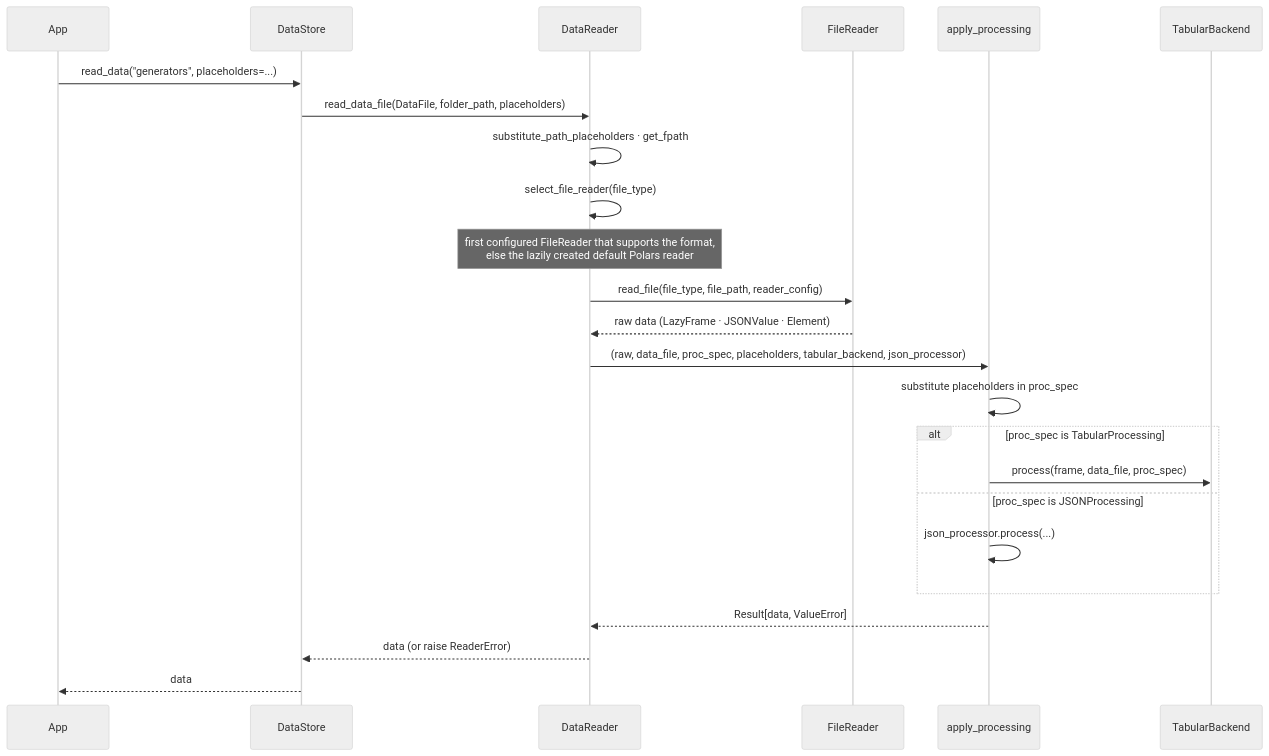
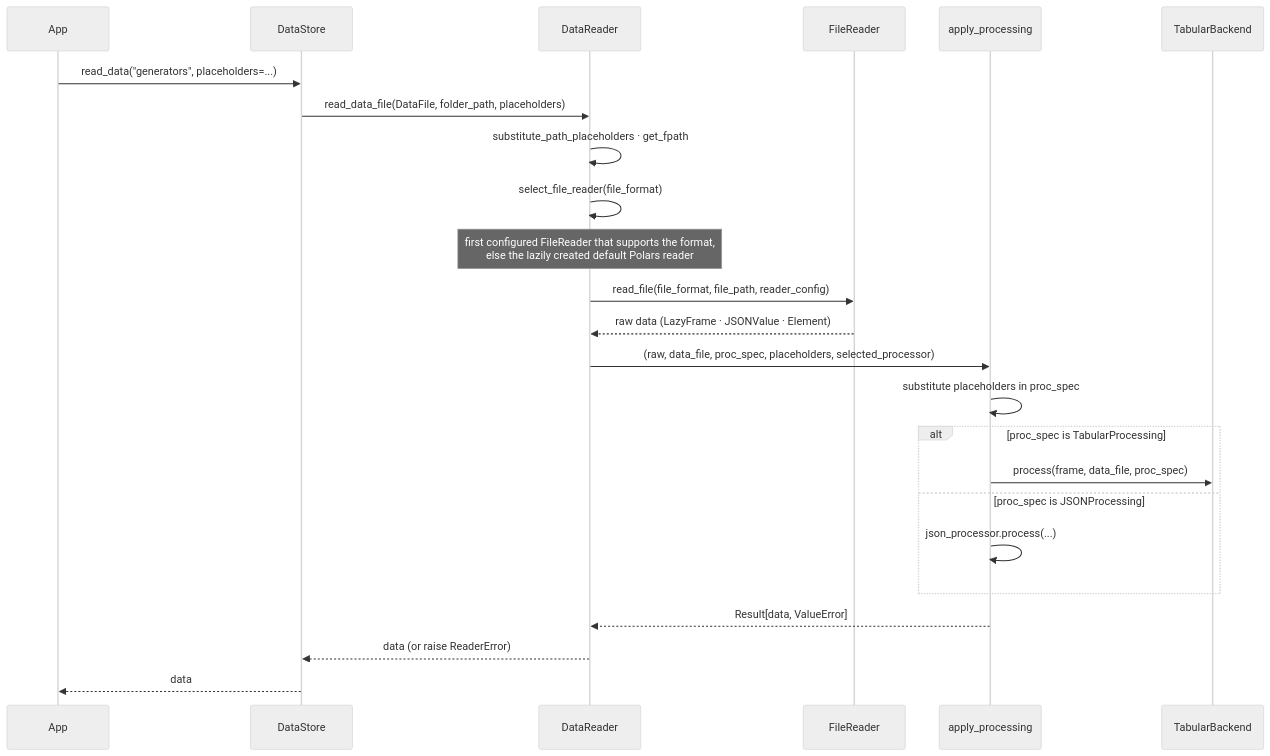
Before and after one commit to NatLabRockies/r2x-core: the second of 5 diagrams in docs/src/content/docs/explanations/architecture.md, drawn with Mermaid (neutral theme). The commit also changed other lines of this file and 54 other files, not shown here.

````diff
--- a/docs/src/content/docs/explanations/architecture.md
+++ b/docs/src/content/docs/explanations/architecture.md
@@ -97,27 +99,27 @@
 ```mermaid
 sequenceDiagram
     participant App
     participant DataStore
     participant DataReader
     participant FileReader
     participant apply_processing
     participant TabularBackend
 
     App->>DataStore: read_data("generators", placeholders=...)
     DataStore->>DataReader: read_data_file(DataFile, folder_path, placeholders)
     DataReader->>DataReader: substitute_path_placeholders · get_fpath
-    DataReader->>DataReader: select_file_reader(file_type)
+    DataReader->>DataReader: select_file_reader(file_format)
     Note over DataReader: first configured FileReader that supports the format,<br/>else the lazily created default Polars reader
-    DataReader->>FileReader: read_file(file_type, file_path, reader_config)
+    DataReader->>FileReader: read_file(file_format, file_path, reader_config)
     FileReader-->>DataReader: raw data (LazyFrame · JSONValue · Element)
-    DataReader->>apply_processing: (raw, data_file, proc_spec, placeholders, tabular_backend, json_processor)
+    DataReader->>apply_processing: (raw, data_file, proc_spec, placeholders, selected_processor)
     apply_processing->>apply_processing: substitute placeholders in proc_spec
     alt proc_spec is TabularProcessing
         apply_processing->>TabularBackend: process(frame, data_file, proc_spec)
     else proc_spec is JSONProcessing
         apply_processing->>apply_processing: json_processor.process(...)
     end
     apply_processing-->>DataReader: Result[data, ValueError]
     DataReader-->>DataStore: data (or raise ReaderError)
     DataStore-->>App: data
 ```
````
